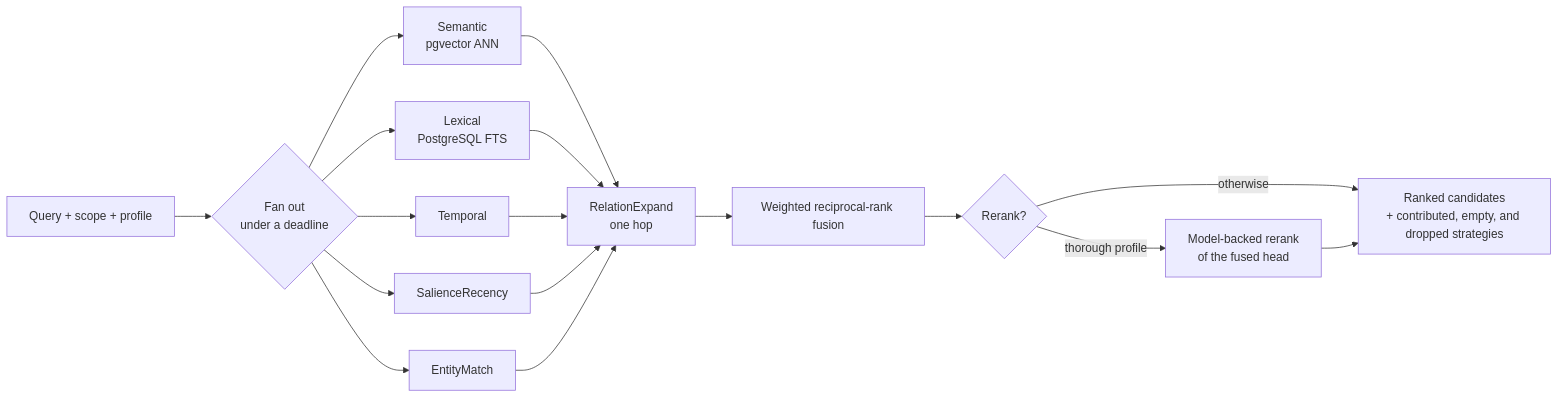
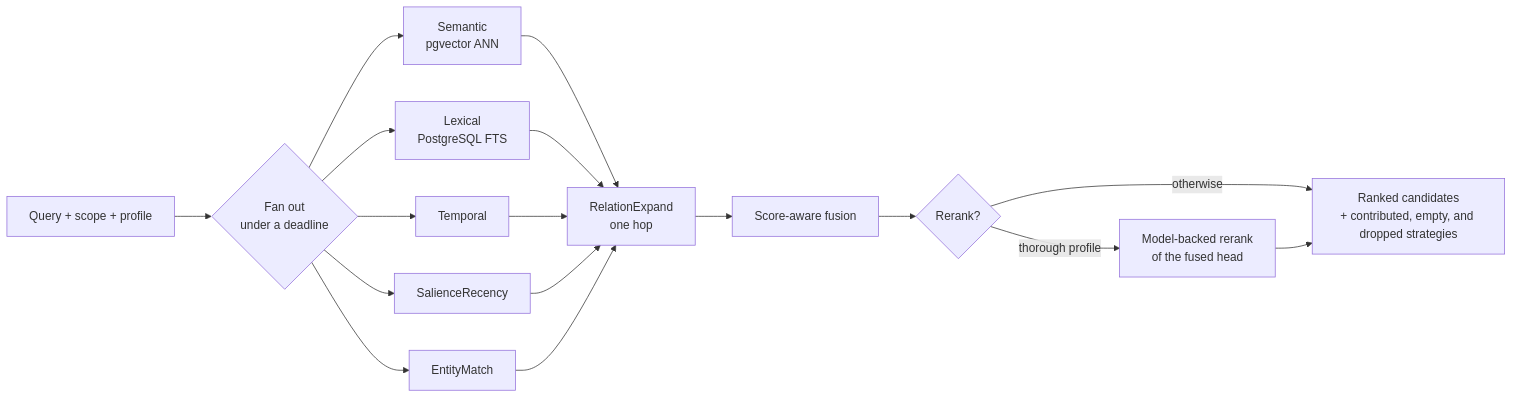
Before and after one commit to memhousehq/memhouse: the first of 3 diagrams in docs/concepts/retrieval.md, drawn with Mermaid. The commit also changed other lines of this file and 23 other files, not shown here.

Commit message:
Replace RRF with score-aware fusion

````diff
--- a/docs/concepts/retrieval.md
+++ b/docs/concepts/retrieval.md
@@ -8,15 +8,15 @@
 ```mermaid
 flowchart LR
     Q[Query + scope + profile] --> F{Fan out<br/>under a deadline}
     F --> S1[Semantic<br/>pgvector ANN]
     F --> S2[Lexical<br/>PostgreSQL FTS]
     F --> S3[Temporal]
     F --> S4[SalienceRecency]
     F --> S5[EntityMatch]
     S1 & S2 & S3 & S4 & S5 --> EX[RelationExpand<br/>one hop]
-    EX --> RRF[Weighted reciprocal-rank fusion]
-    RRF --> RR{Rerank?}
+    EX --> FUSION[Score-aware fusion]
+    FUSION --> RR{Rerank?}
     RR -->|thorough profile| M[Model-backed rerank<br/>of the fused head]
     RR -->|otherwise| OUT
     M --> OUT[Ranked candidates<br/>+ contributed, empty, and dropped strategies]
 ```
````
